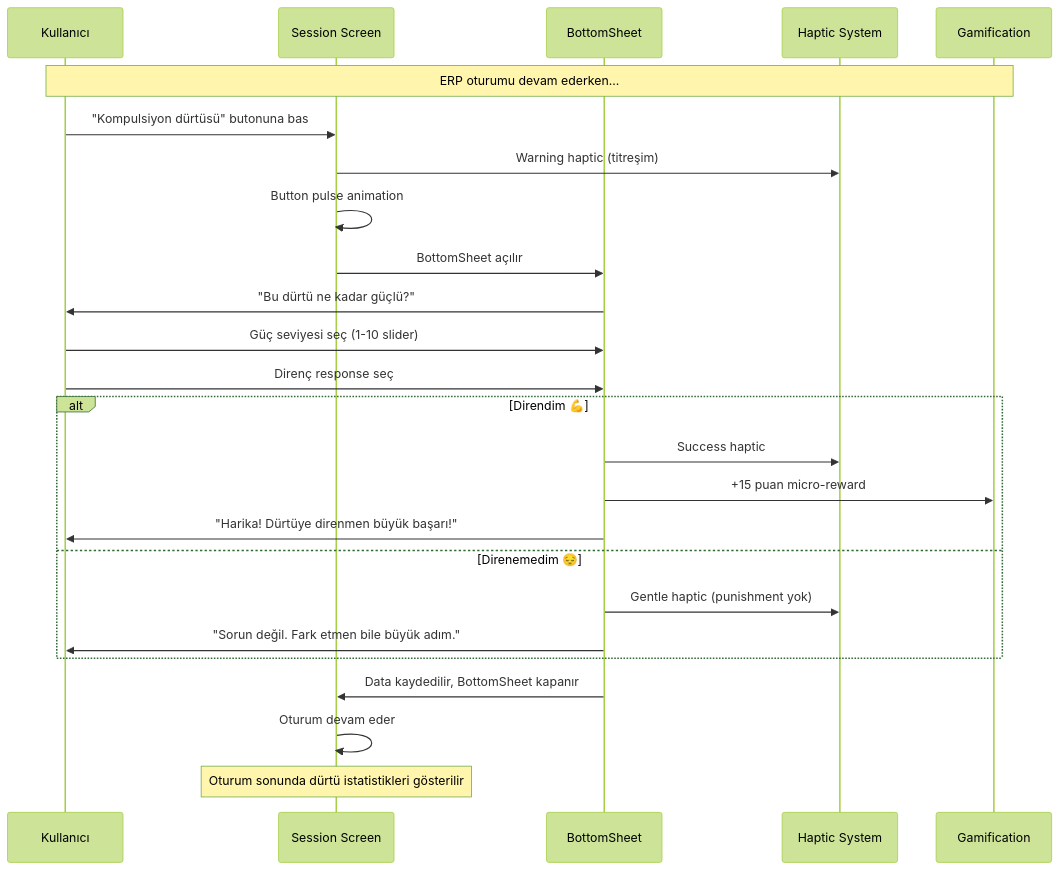
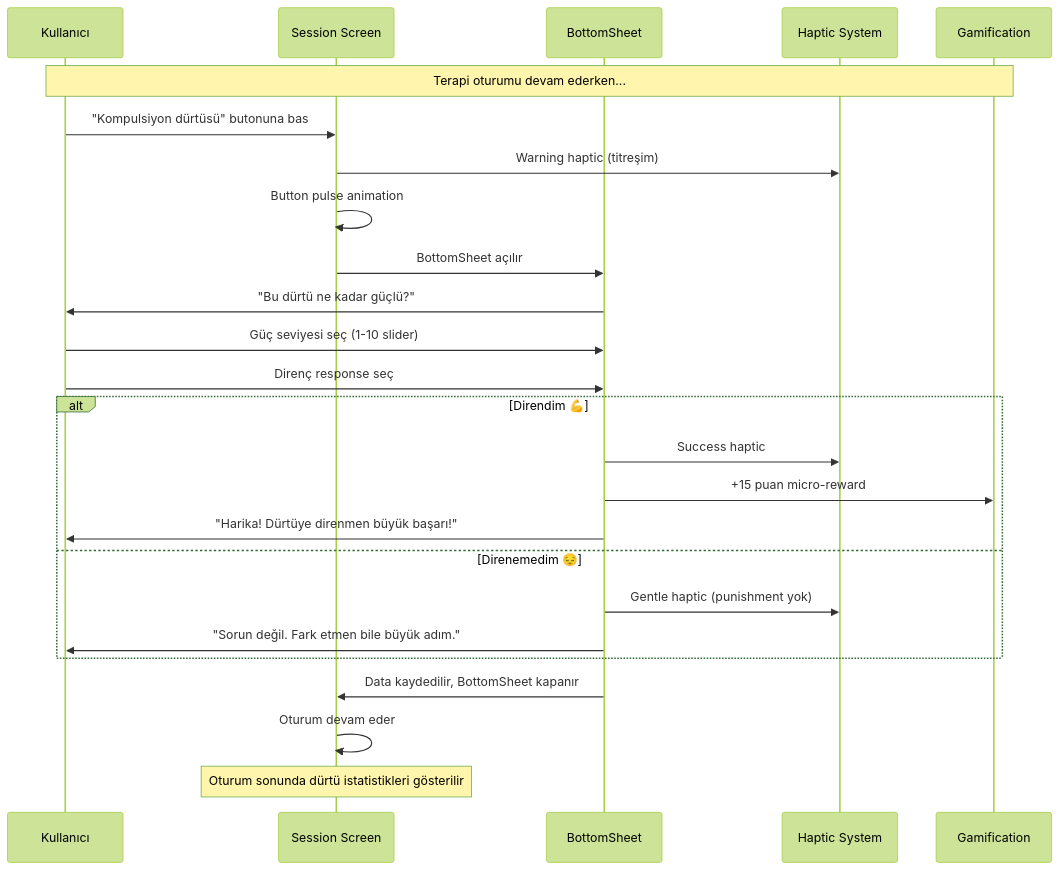
The seventh of 7 diagrams in archive/2025-01-legacy/obsessless-flow.md (adilyoltay/obsessless-mobile-app), drawn with Mermaid (forest theme) before and after one commit. The commit also changed other lines of this file and 24 other files, not shown here.

````diff
--- a/archive/2025-01-legacy/obsessless-flow.md
+++ b/archive/2025-01-legacy/obsessless-flow.md
@@ -1251,33 +1251,33 @@
 ```mermaid
 sequenceDiagram
     participant U as Kullanıcı
     participant S as Session Screen
     participant BS as BottomSheet
     participant H as Haptic System
     participant G as Gamification
     
-    Note over U,G: ERP oturumu devam ederken...
+    Note over U,G: Terapi oturumu devam ederken...
     
     U->>S: "Kompulsiyon dürtüsü" butonuna bas
     S->>H: Warning haptic (titreşim)
     S->>S: Button pulse animation
     S->>BS: BottomSheet açılır
     
     BS->>U: "Bu dürtü ne kadar güçlü?"
     U->>BS: Güç seviyesi seç (1-10 slider)
     U->>BS: Direnç response seç
     
     alt Direndim 💪
         BS->>H: Success haptic
         BS->>G: +15 puan micro-reward
         BS->>U: "Harika! Dürtüye direnmen büyük başarı!"
     else Direnemedim 😔
         BS->>H: Gentle haptic (punishment yok)
         BS->>U: "Sorun değil. Fark etmen bile büyük adım."
     end
     
     BS->>S: Data kaydedilir, BottomSheet kapanır
     S->>S: Oturum devam eder
     
     Note over S: Oturum sonunda dürtü istatistikleri gösterilir
 ```
````
